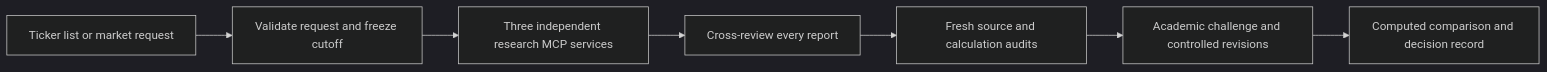
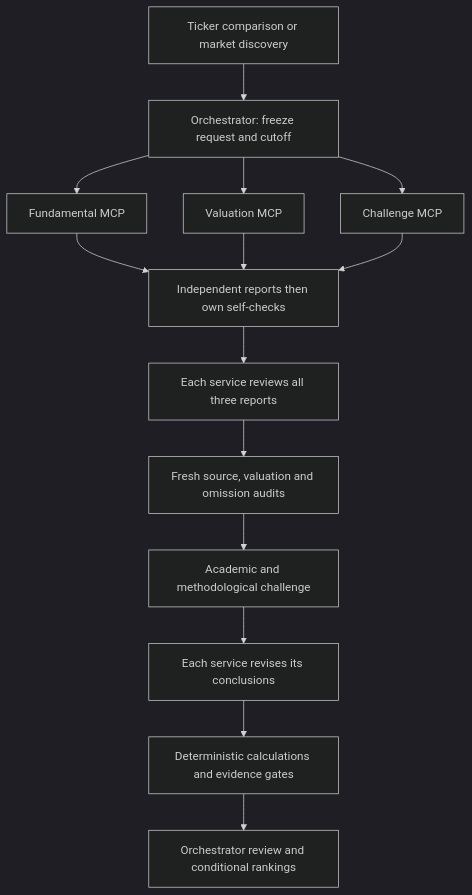
The diagram in README.md (DaniyalHayat/aethelgard-mcp_v0), drawn with Mermaid (dark theme) before and after one commit. The commit also changed other lines of this file and 20 other files, not shown here.

Commit message:
feat: orchestrate three research MCPs with gated reports and offline CI

````diff
--- a/README.md
+++ b/README.md
@@ -26,9 +68,16 @@
-```mermaid
-flowchart LR
-    A[Ticker list or market request] --> B[Validate request and freeze cutoff]
-    B --> C[Three independent research MCP services]
-    C --> D[Cross-review every report]
-    D --> E[Fresh source and calculation audits]
-    E --> F[Academic challenge and controlled revisions]
-    F --> G[Computed comparison and decision record]
-```
+~~~mermaid
+flowchart TD
+    R[Ticker comparison or market discovery] --> O[Orchestrator: freeze request and cutoff]
+    O --> F[Fundamental MCP]
+    O --> V[Valuation MCP]
+    O --> C[Challenge MCP]
+    F --> S[Independent reports then own self-checks]
+    V --> S
+    C --> S
+    S --> X[Each service reviews all three reports]
+    X --> A[Fresh source, valuation and omission audits]
+    A --> L[Academic and methodological challenge]
+    L --> U[Each service revises its conclusions]
+    U --> M[Deterministic calculations and evidence gates]
+    M --> D[Orchestrator review and conditional rankings]
+~~~
````
